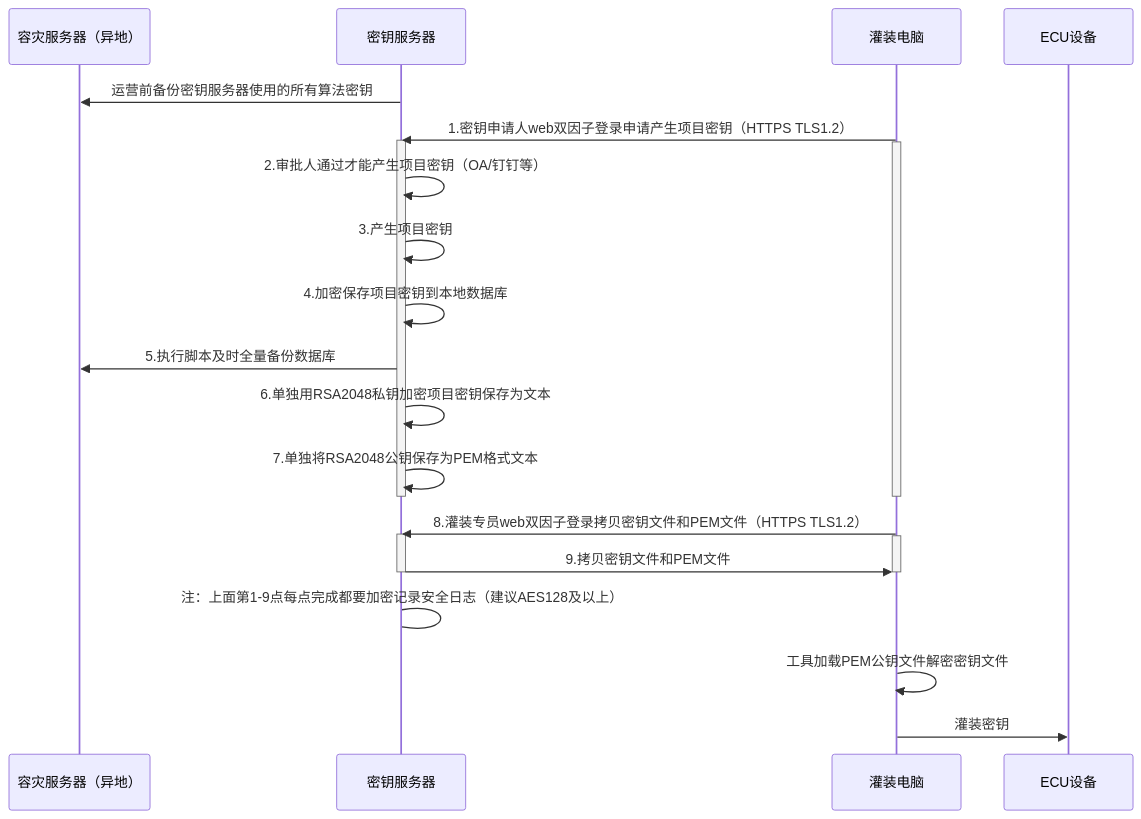
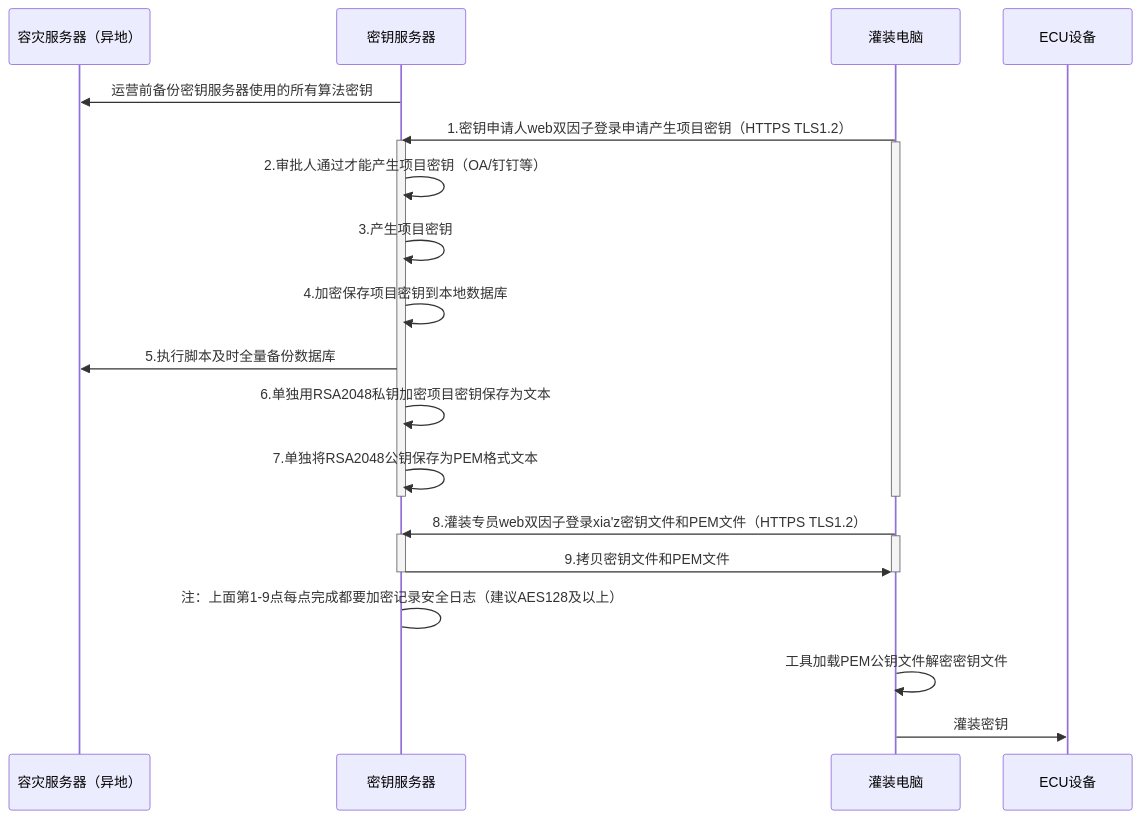
One commit to facebook-cloud/iodraw-files changed the diagram in all/未命名-15.md. Above: the diagram before and after it, drawn with Mermaid.

Commit message:
2026-02-12 16:46:39 update

````diff
--- a/all/未命名-15.md
+++ b/all/未命名-15.md
@@ -1,32 +1,32 @@
 ```mermaid
 sequenceDiagram
     participant A as 容灾服务器（异地）
     participant B as 密钥服务器
     participant D as 灌装电脑
     participant E as ECU设备
 
     B->>A: 运营前备份密钥服务器使用的所有算法密钥
     D->>B: 1.密钥申请人web双因子登录申请产生项目密钥（HTTPS TLS1.2）
     activate B
     activate D
     B->>B: 2.审批人通过才能产生项目密钥（OA/钉钉等）
     B->>B: 3.产生项目密钥
     B->>B: 4.加密保存项目密钥到本地数据库
     B->>A: 5.执行脚本及时全量备份数据库
     B->>B: 6.单独用RSA2048私钥加密项目密钥保存为文本
     B->>B: 7.单独将RSA2048公钥保存为PEM格式文本
     deactivate B
     deactivate D
     
-    D->>B: 8.灌装专员web双因子登录拷贝密钥文件和PEM文件（HTTPS TLS1.2）
+    D->>B: 8.灌装专员web双因子登录xia'z密钥文件和PEM文件（HTTPS TLS1.2）
     activate B
     activate D
     B->>D: 9.拷贝密钥文件和PEM文件
     deactivate B
     deactivate D
     B->B: 注：上面第1-9点每点完成都要加密记录安全日志（建议AES128及以上）
 
     D->>D:工具加载PEM公钥文件解密密钥文件
     
     D->>E: 灌装密钥
 ```
````
